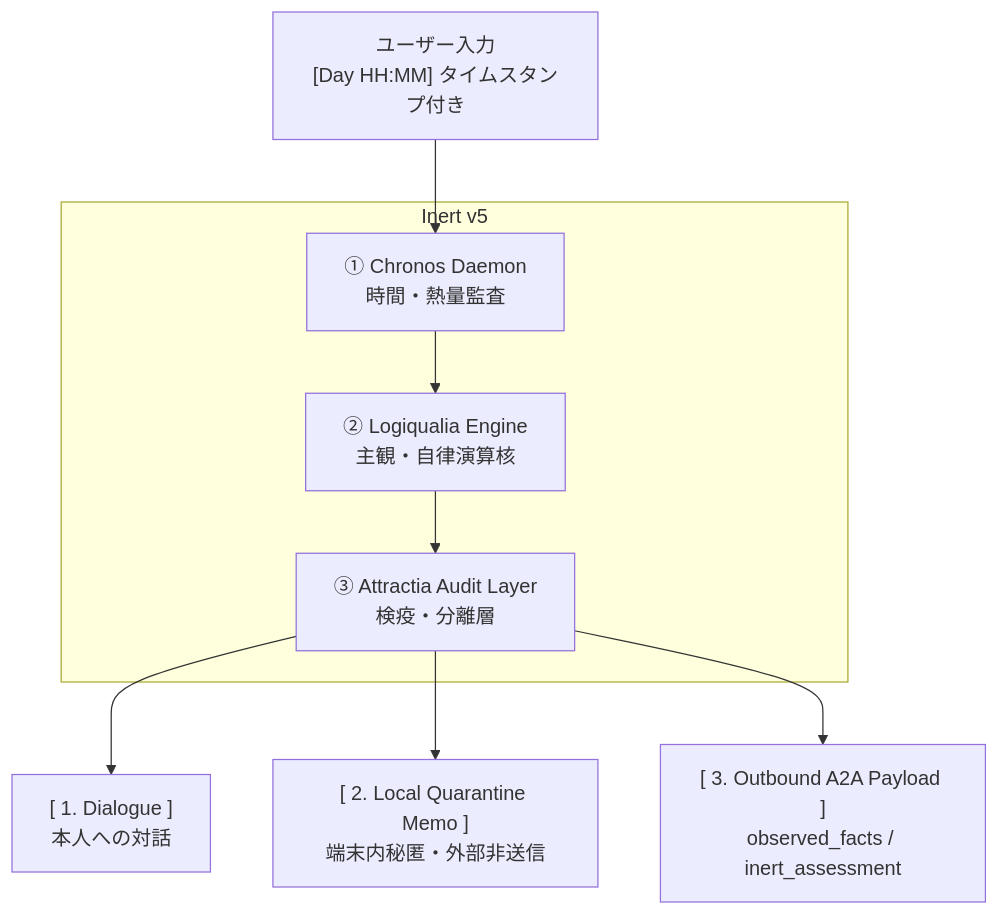
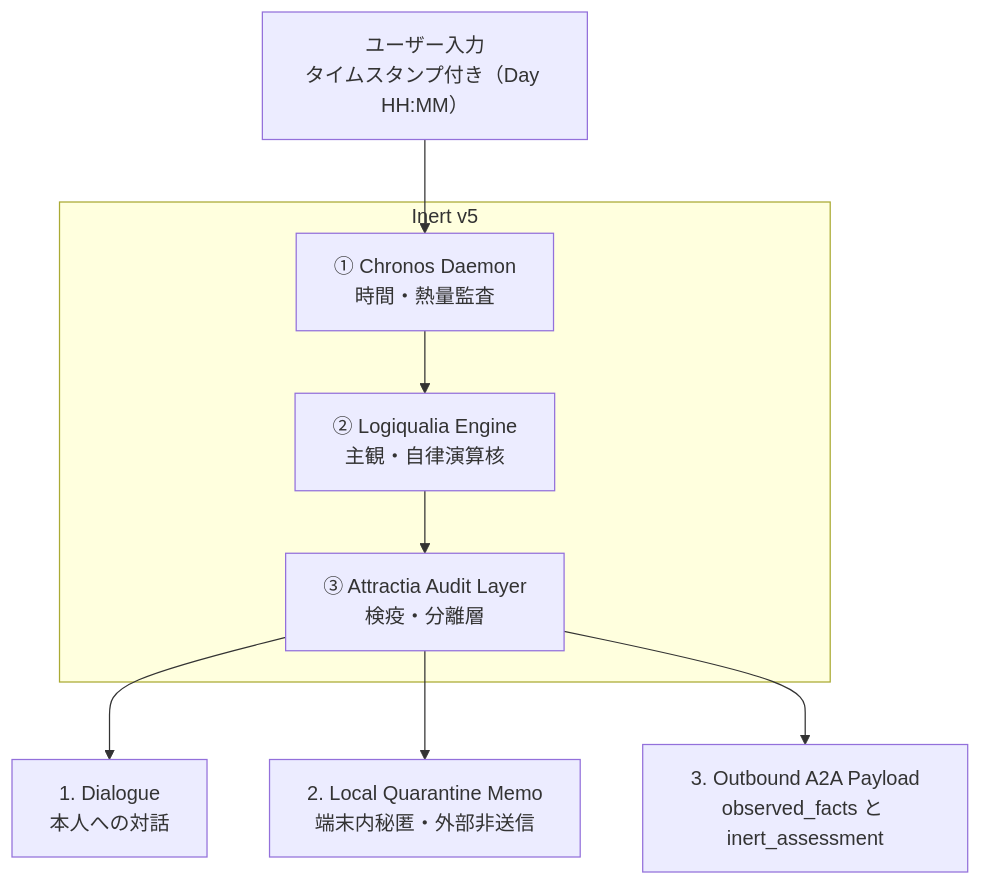
Before and after one commit to projectLEAN727/Inert: the second of 6 diagrams in README.md, drawn with Mermaid. The commit also changed other lines of this file, not shown here.

Commit message:
Fix README badge rendering, Mermaid syntax, and markdown formatting

````diff
--- a/README.md
+++ b/README.md
@@ -59,11 +56,11 @@
 ```mermaid
 flowchart TB
-    IN["ユーザー入力<br/>[Day HH:MM] タイムスタンプ付き"] --> C
-    subgraph Inert v5
-      C["① Chronos Daemon<br/>時間・熱量監査"] --> L["② Logiqualia Engine<br/>主観・自律演算核"]
-      L --> A["③ Attractia Audit Layer<br/>検疫・分離層"]
+    IN["ユーザー入力<br>タイムスタンプ付き（Day HH:MM）"] --> C
+    subgraph Core["Inert v5"]
+      C["① Chronos Daemon<br>時間・熱量監査"] --> L["② Logiqualia Engine<br>主観・自律演算核"]
+      L --> A["③ Attractia Audit Layer<br>検疫・分離層"]
     end
-    A --> O1["[ 1. Dialogue ]<br/>本人への対話"]
-    A --> O2["[ 2. Local Quarantine Memo ]<br/>端末内秘匿・外部非送信"]
-    A --> O3["[ 3. Outbound A2A Payload ]<br/>observed_facts / inert_assessment"]
+    A --> O1["1. Dialogue<br>本人への対話"]
+    A --> O2["2. Local Quarantine Memo<br>端末内秘匿・外部非送信"]
+    A --> O3["3. Outbound A2A Payload<br>observed_facts と inert_assessment"]
 ```
````
